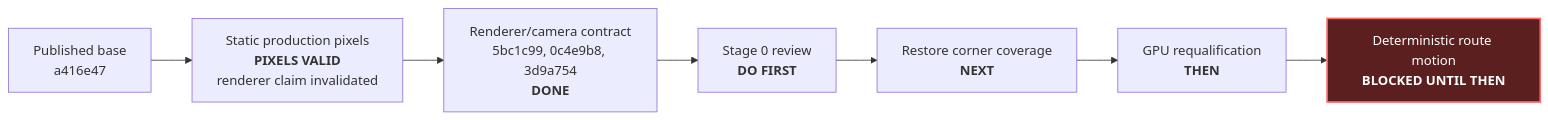
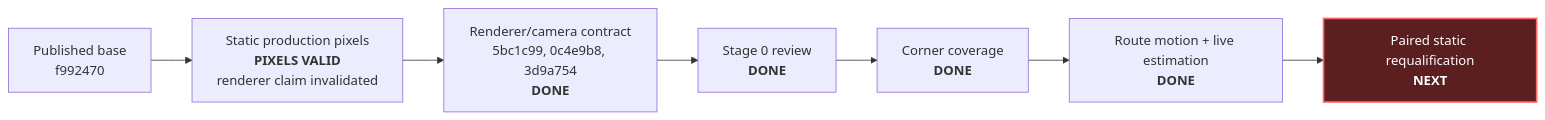
The diagram in docs/HANDOFF.md (alexandergmzx/corridor-twin), drawn with Mermaid before and after one commit. The commit also changed other lines of this file and 8 other files, not shown here.

````diff
--- a/docs/HANDOFF.md
+++ b/docs/HANDOFF.md
@@ -155,11 +176,11 @@
 ```mermaid
 flowchart LR
-    Base["Published base<br/>a416e47"] --> Static["Static production pixels<br/><b>PIXELS VALID</b><br/>renderer claim invalidated"]
+    Base["Published base<br/>f992470"] --> Static["Static production pixels<br/><b>PIXELS VALID</b><br/>renderer claim invalidated"]
     Static --> Fixes["Renderer/camera contract<br/>5bc1c99, 0c4e9b8, 3d9a754<br/><b>DONE</b>"]
-    Fixes --> Review["Stage 0 review<br/><b>DO FIRST</b>"]
-    Review --> Coverage["Restore corner coverage<br/><b>NEXT</b>"]
-    Coverage --> Requal["GPU requalification<br/><b>THEN</b>"]
-    Requal --> Motion["Deterministic route motion<br/><b>BLOCKED UNTIL THEN</b>"]:::blocked
+    Fixes --> Review["Stage 0 review<br/><b>DONE</b>"]
+    Review --> Coverage["Corner coverage<br/><b>DONE</b>"]
+    Coverage --> Motion["Route motion + live estimation<br/><b>DONE</b>"]
+    Motion --> Requal["Paired static requalification<br/><b>NEXT</b>"]:::blocked
 
     classDef blocked fill:#5c1f1f,color:#ffffff,stroke:#ff6b6b,stroke-width:2px;
 ```
````
